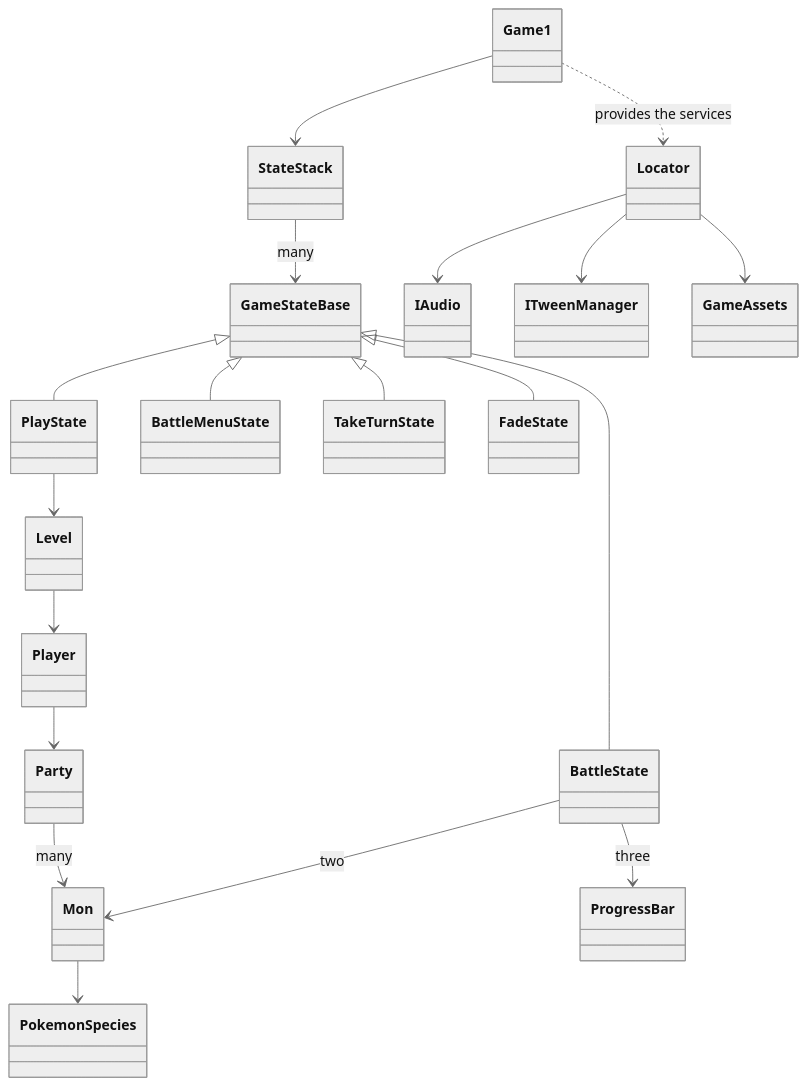
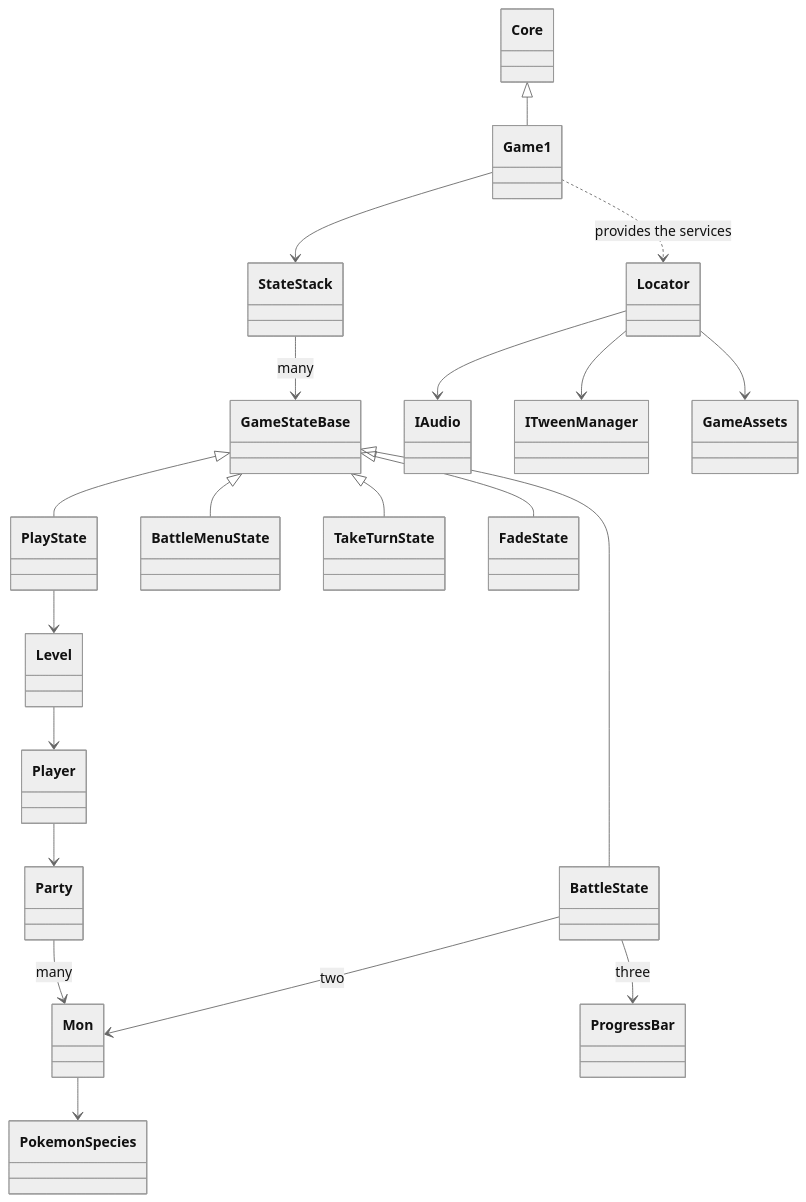
The diagram in src/content/docs/sessions/10-pokemon.md (Metamate/gar), drawn with Mermaid (neutral theme) before and after one commit. The commit also changed 20 other files, not shown here.

First line of the commit message:
The Whole Game on pages and decks: one form for every diagram, and closing slides in every deck

````diff
--- a/src/content/docs/sessions/10-pokemon.md
+++ b/src/content/docs/sessions/10-pokemon.md
@@ -389,21 +389,22 @@
 ```mermaid
 classDiagram
+    Core <|-- Game1
     Game1 --> StateStack
     Game1 ..> Locator : provides the services
     StateStack --> GameStateBase : many
     GameStateBase <|-- PlayState
     GameStateBase <|-- BattleState
     GameStateBase <|-- BattleMenuState
     GameStateBase <|-- TakeTurnState
     GameStateBase <|-- FadeState
     PlayState --> Level
     Level --> Player
     Player --> Party
     Party --> Mon : many
     Mon --> PokemonSpecies
     BattleState --> Mon : two
     BattleState --> ProgressBar : three
     Locator --> IAudio
     Locator --> ITweenManager
     Locator --> GameAssets
 ```
````
